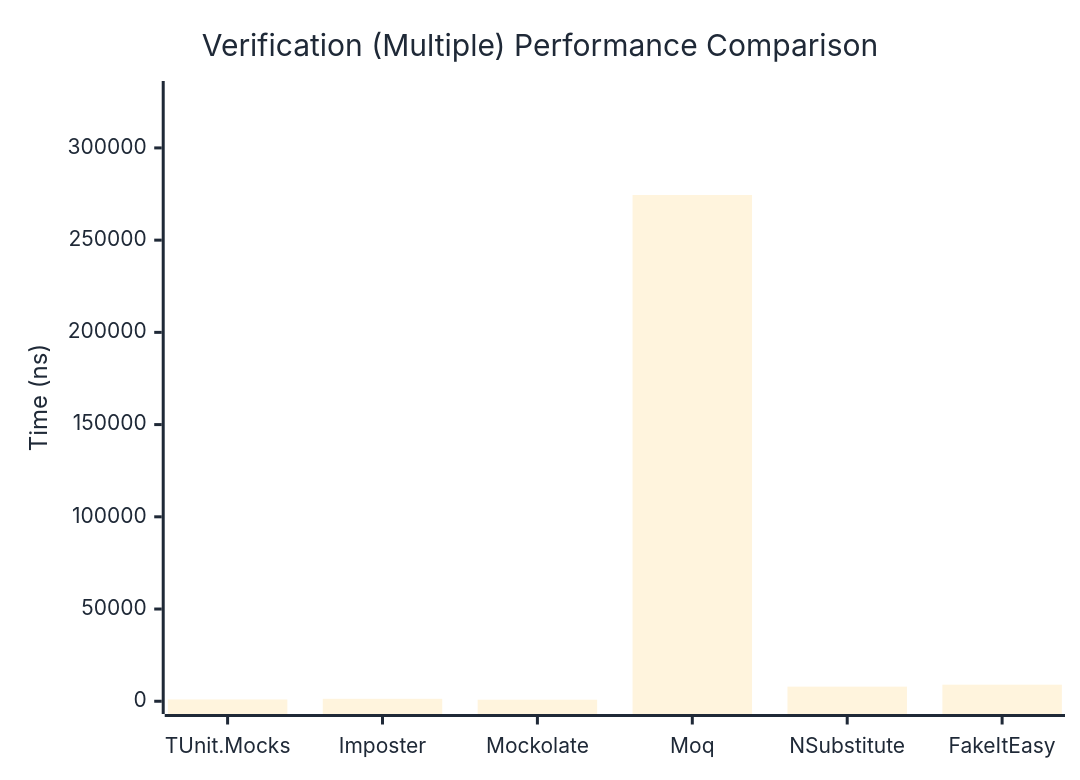
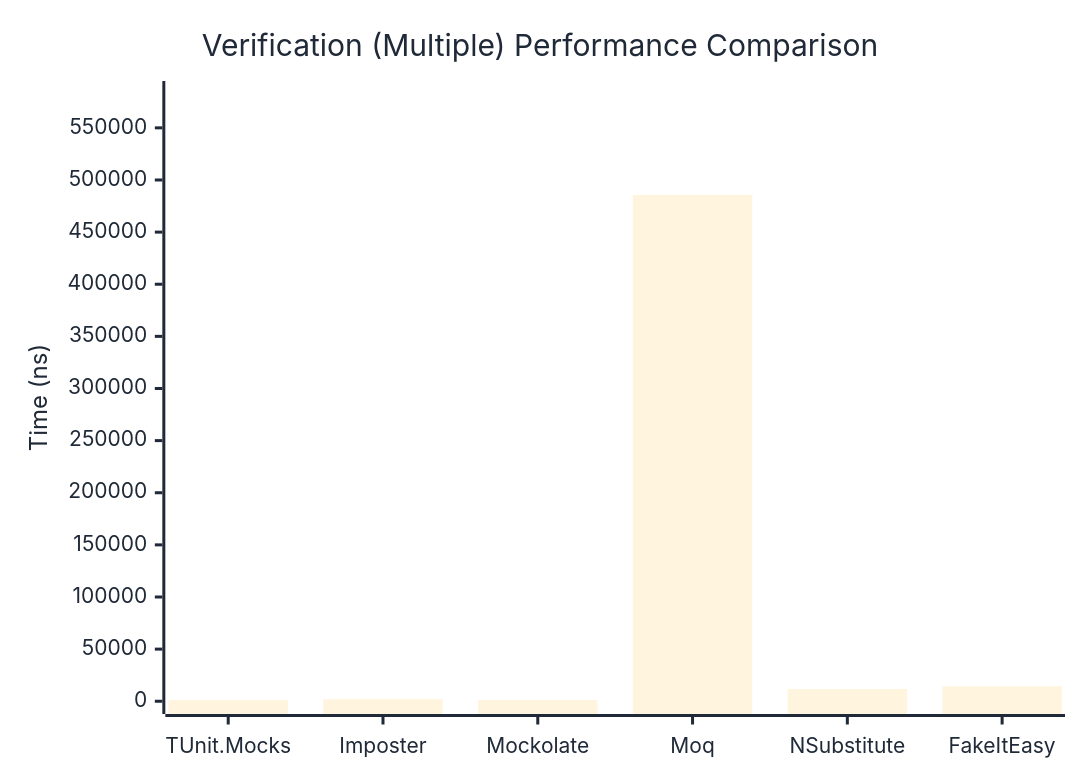
Before and after one commit to thomhurst/TUnit: the third of 3 diagrams in docs/docs/benchmarks/mocks/Verification.md, drawn with Mermaid. The commit also changed other lines of this file and 14 other files, not shown here.

````diff
--- a/docs/docs/benchmarks/mocks/Verification.md
+++ b/docs/docs/benchmarks/mocks/Verification.md
@@ -112,27 +112,27 @@
 ```mermaid
 %%{init: {
   'theme':'base',
   'themeVariables': {
     'primaryColor': '#2563eb',
     'primaryTextColor': '#1f2937',
     'primaryBorderColor': '#1e40af',
     'lineColor': '#6b7280',
     'secondaryColor': '#7c3aed',
     'tertiaryColor': '#dc2626',
     'background': '#ffffff',
     'pie1': '#2563eb',
     'pie2': '#7c3aed',
     'pie3': '#dc2626',
     'pie4': '#f59e0b',
     'pie5': '#10b981',
     'pie6': '#06b6d4',
     'pie7': '#ec4899',
     'pie8': '#6366f1'
   }
 }}%%
 xychart-beta
   title "Verification (Multiple) Performance Comparison"
   x-axis ["TUnit.Mocks", "Imposter", "Mockolate", "Moq", "NSubstitute", "FakeItEasy"]
-  y-axis "Time (ns)" 0 --> 329369
-  bar [977.6, 1310.13, 843.21, 274473.63, 7921.79, 8981.93]
+  y-axis "Time (ns)" 0 --> 582715
+  bar [1318.74, 1954.59, 1172.6, 485595.43, 11747.82, 14345.4]
 ```
````
